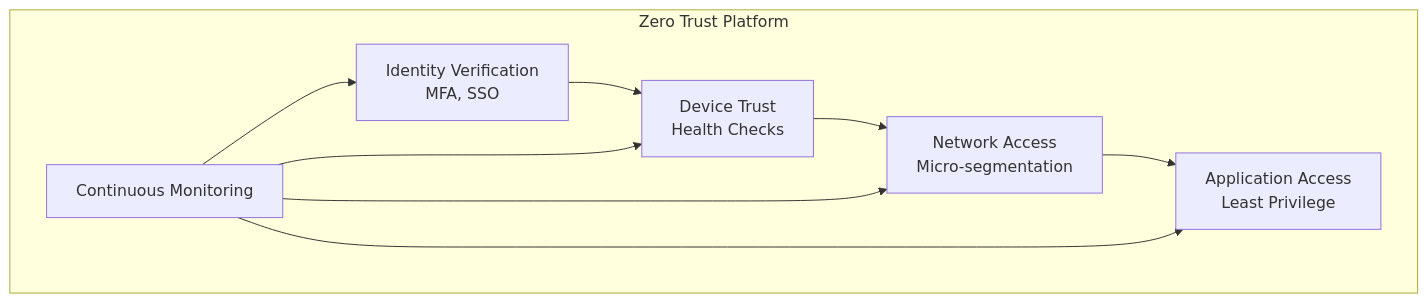
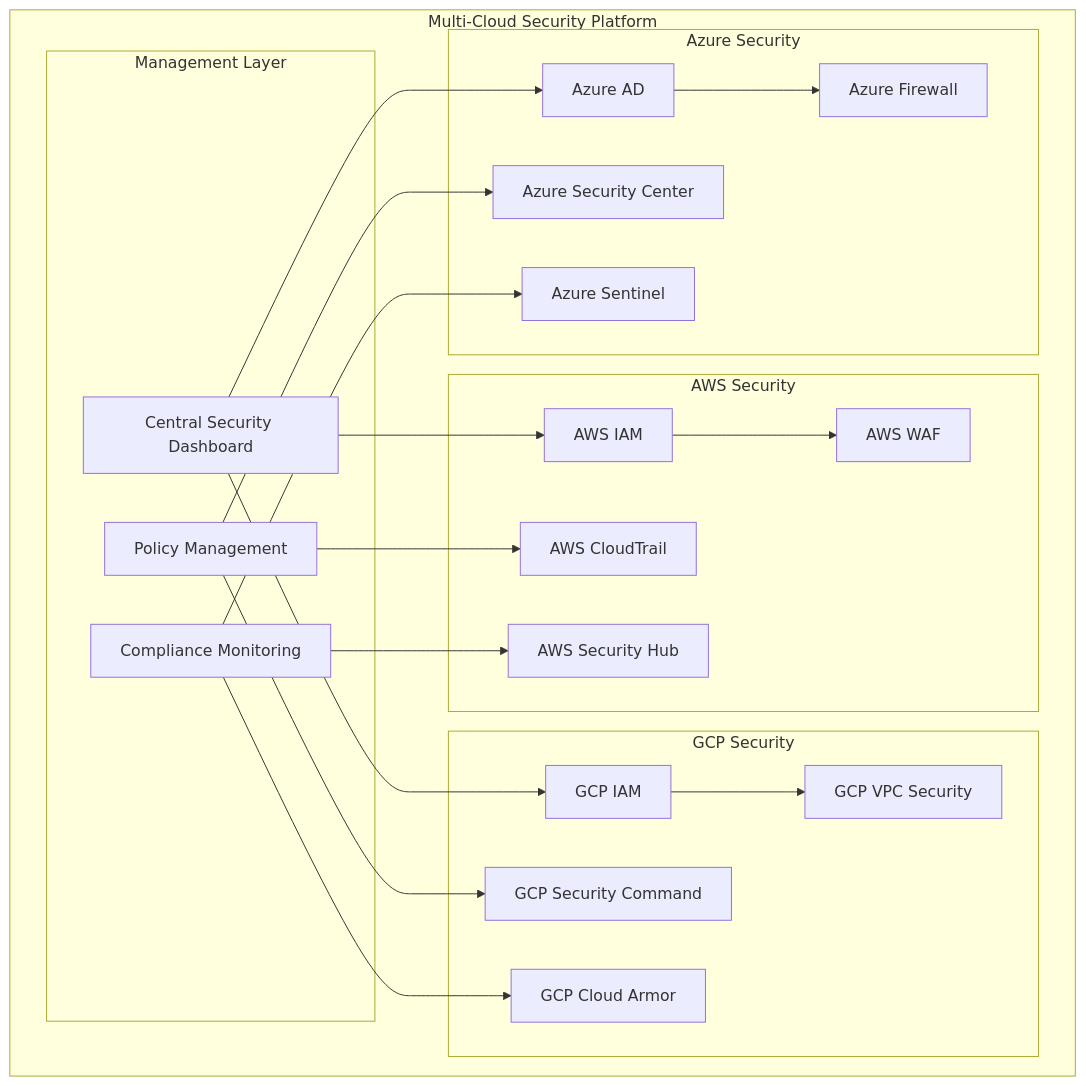
One commit to pxkundu/DevSecOps-Bootcamp changed the second of 3 diagrams in AI-DataPlatformSolutions/05-Security/projects/security-architecture/README.md. Above: the diagram before and after it, drawn with Mermaid. The commit also changed other lines of this file and 14 other files, not shown here.

First line of the commit message:
feat: Add comprehensive Cloud Security Engineering learning materials

````diff
--- a/AI-DataPlatformSolutions/05-Security/projects/security-architecture/README.md
+++ b/AI-DataPlatformSolutions/05-Security/projects/security-architecture/README.md
@@ -195,13 +186,44 @@
 ```mermaid
 graph TB
-    subgraph "Zero Trust Platform"
-        A[Identity Verification<br/>MFA, SSO] --> B[Device Trust<br/>Health Checks]
-        B --> C[Network Access<br/>Micro-segmentation]
-        C --> D[Application Access<br/>Least Privilege]
+    subgraph "Multi-Cloud Security Platform"
+        subgraph "Management Layer"
+            A[Central Security Dashboard]
+            B[Policy Management]
+            C[Compliance Monitoring]
+        end
         
-        E[Continuous Monitoring] --> A
-        E --> B
-        E --> C
-        E --> D
+        subgraph "AWS Security"
+            D[AWS IAM]
+            E[AWS CloudTrail]
+            F[AWS Security Hub]
+            G[AWS WAF]
+        end
+        
+        subgraph "GCP Security"
+            H[GCP IAM]
+            I[GCP Security Command]
+            J[GCP Cloud Armor]
+            K[GCP VPC Security]
+        end
+        
+        subgraph "Azure Security"
+            L[Azure AD]
+            M[Azure Security Center]
+            N[Azure Sentinel]
+            O[Azure Firewall]
+        end
+        
+        A --> D
+        A --> H
+        A --> L
+        B --> E
+        B --> I
+        B --> M
+        C --> F
+        C --> J
+        C --> N
+        D --> G
+        H --> K
+        L --> O
     end
 ```
````
